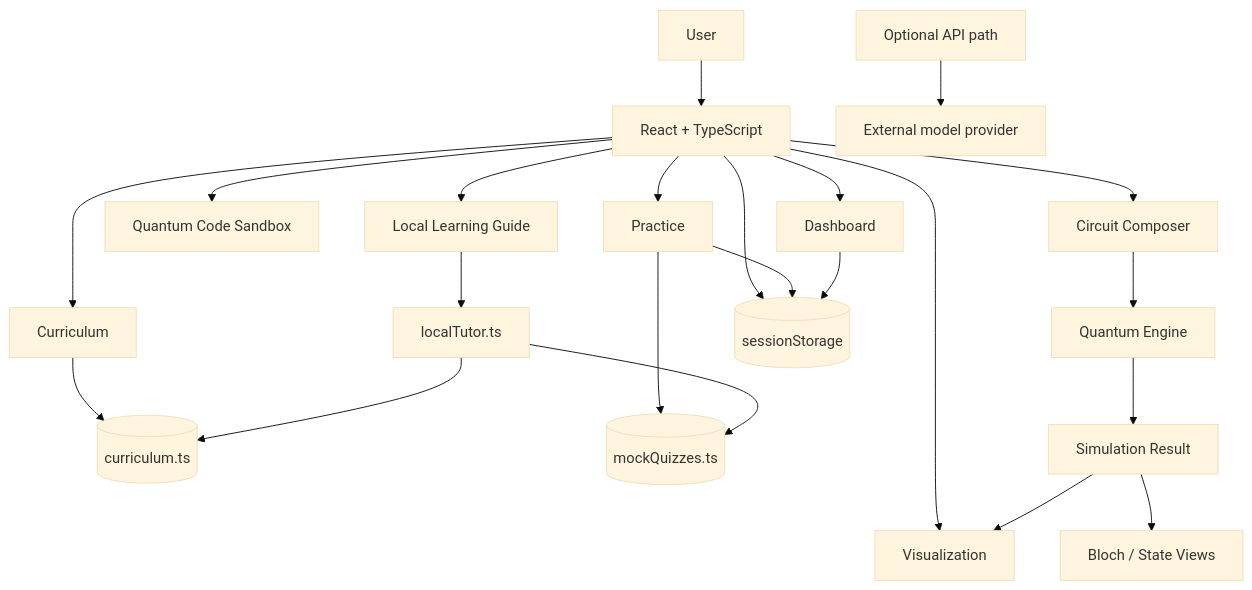
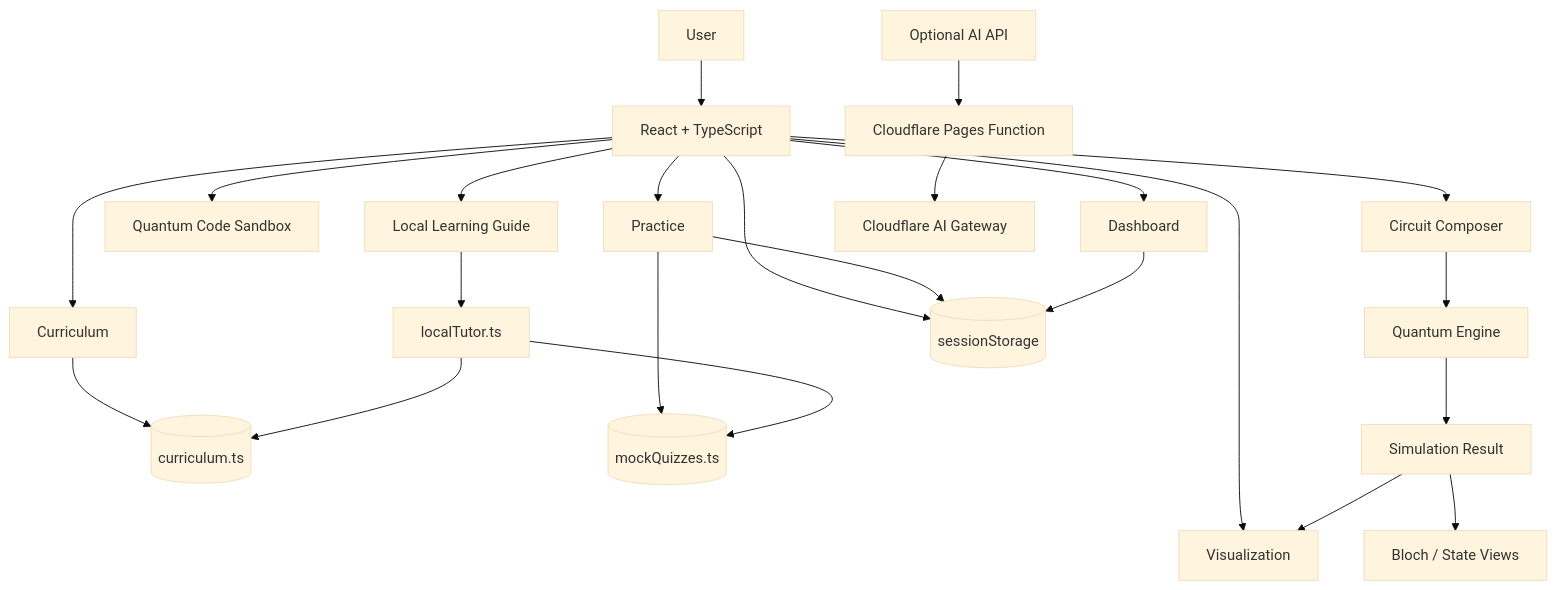
The second of 4 diagrams in README.md (chamanvashishth/Qubit_Lab), drawn with Mermaid (base theme) before and after one commit. The commit also changed other lines of this file, not shown here.

Commit message:
document Cloudflare Pages deployment architecture

````diff
--- a/README.md
+++ b/README.md
@@ -204,30 +202,31 @@
 ```mermaid
 flowchart TB
     USER[User] --> APP[React + TypeScript]
 
     APP --> CUR[Curriculum]
     APP --> CIR[Circuit Composer]
     APP --> VIS[Visualization]
     APP --> SANDBOX[Quantum Code Sandbox]
     APP --> QUIZ[Practice]
     APP --> DASH[Dashboard]
     APP --> GUIDE[Local Learning Guide]
 
     CUR --> CDATA[(curriculum.ts)]
     QUIZ --> QDATA[(mockQuizzes.ts)]
 
     CIR --> ENGINE[Quantum Engine]
     ENGINE --> RESULT[Simulation Result]
     RESULT --> VIS
     RESULT --> BLOCH[Bloch / State Views]
 
     GUIDE --> LOCAL[localTutor.ts]
     LOCAL --> CDATA
     LOCAL --> QDATA
 
     APP --> SESSION[(sessionStorage)]
     QUIZ --> SESSION
     DASH --> SESSION
 
-    OPTIONAL[Optional API path] --> PROVIDER[External model provider]
+    OPTIONAL[Optional AI API] --> CF[Cloudflare Pages Function]
+    CF --> AIG[Cloudflare AI Gateway]
 ```
````
